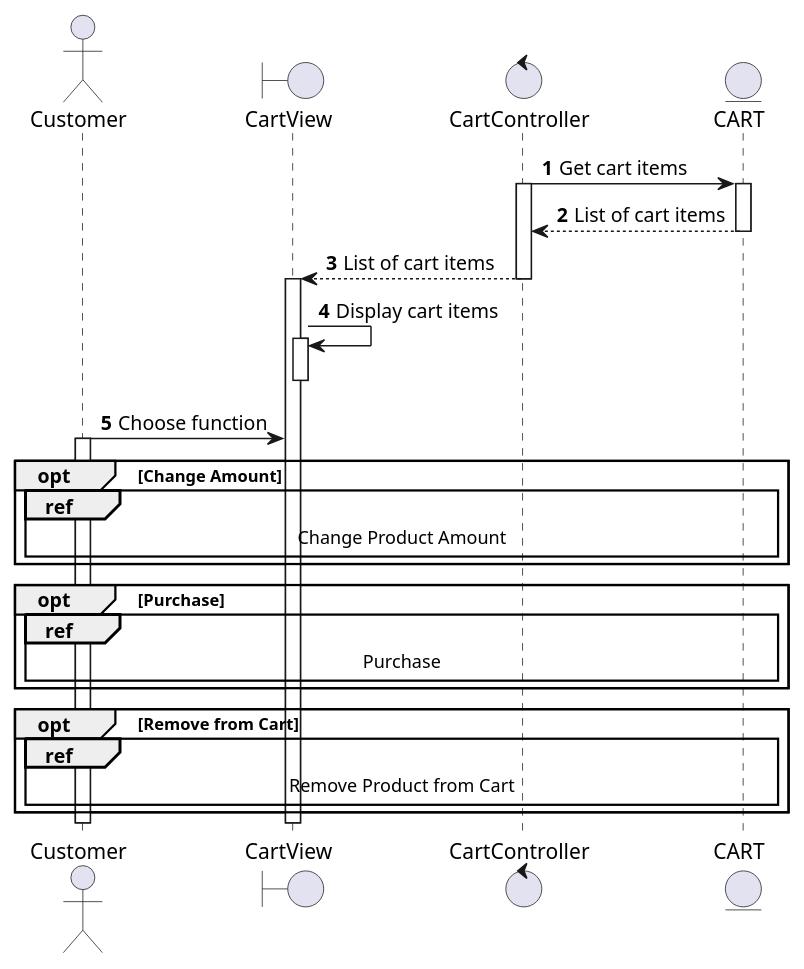
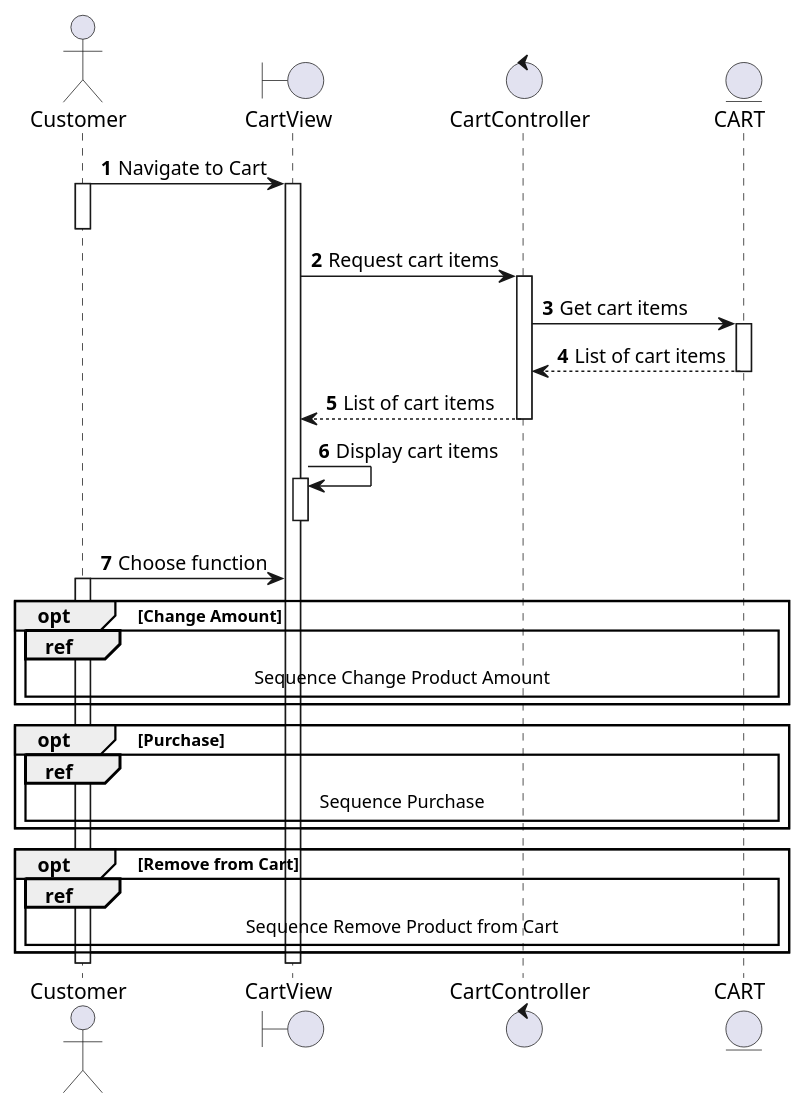
The diagram in docs/software-docs/sequence/manage-cart/manage-cart.md (electricilies/electricilies.github.io), drawn with PlantUML before and after one commit. The commit also changed 16 other files, not shown here.

Commit message:
refactor: sequence diagrams start from user side, and some minor

````diff
--- a/docs/software-docs/sequence/manage-cart/manage-cart.md
+++ b/docs/software-docs/sequence/manage-cart/manage-cart.md
@@ -3,42 +3,46 @@
 ```plantuml
 @startuml
 autonumber
 
 actor Customer as C
 boundary CartView as CV
 control CartController as CC
 entity CART as Ca
 
+C -> CV: Navigate to Cart
+activate C
+activate CV
+deactivate C
+CV -> CC: Request cart items
+activate CC
 CC -> Ca: Get cart items
-activate CC
 activate Ca
 CC <-- Ca: List of cart items
 deactivate Ca
 
 CV <-- CC: List of cart items
 deactivate CC
-activate CV
 CV -> CV: Display cart items
 activate CV
 deactivate CV
 
 C -> CV: Choose function
 activate C
 
 opt Change Amount
-  ref over C, Ca: Change Product Amount
+  ref over C, Ca: Sequence Change Product Amount
 end
 
 opt Purchase
-  ref over C, Ca: Purchase
+  ref over C, Ca: Sequence Purchase
 end
 
 opt Remove from Cart
-  ref over C, Ca: Remove Product from Cart
+  ref over C, Ca: Sequence Remove Product from Cart
 end
 
 deactivate CV
 deactivate C
 
 @enduml
 ```
````
